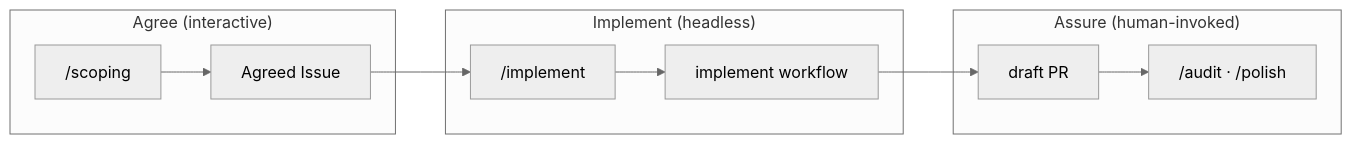
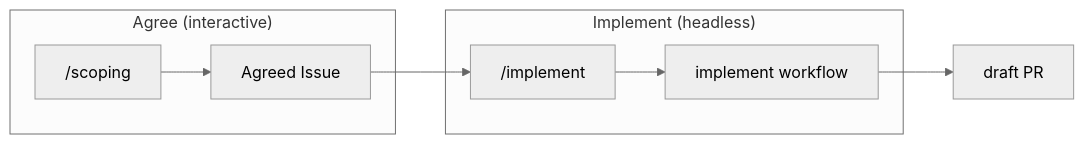
Before and after one commit to thkt/dotclaude: the diagram in docs/COMMANDS.md, drawn with Mermaid (neutral theme). The commit also changed other lines of this file and 94 other files, not shown here.

Commit message:
[Chore] audit、assert、polish、shake、adrift の workflow を削除する (#806)

````diff
--- a/docs/COMMANDS.md
+++ b/docs/COMMANDS.md
@@ -11,14 +11,11 @@
 ```mermaid
 flowchart LR
     subgraph Agree["Agree (interactive)"]
         S["/scoping"] --> I["Agreed Issue"]
     end
     subgraph Build["Implement (headless)"]
         M["/implement"] --> W["implement workflow"]
     end
-    subgraph Assure["Assure (human-invoked)"]
-        PR["draft PR"] --> A["/audit · /polish"]
-    end
     I --> M
-    W --> PR
+    W --> PR["draft PR"]
 ```
````
